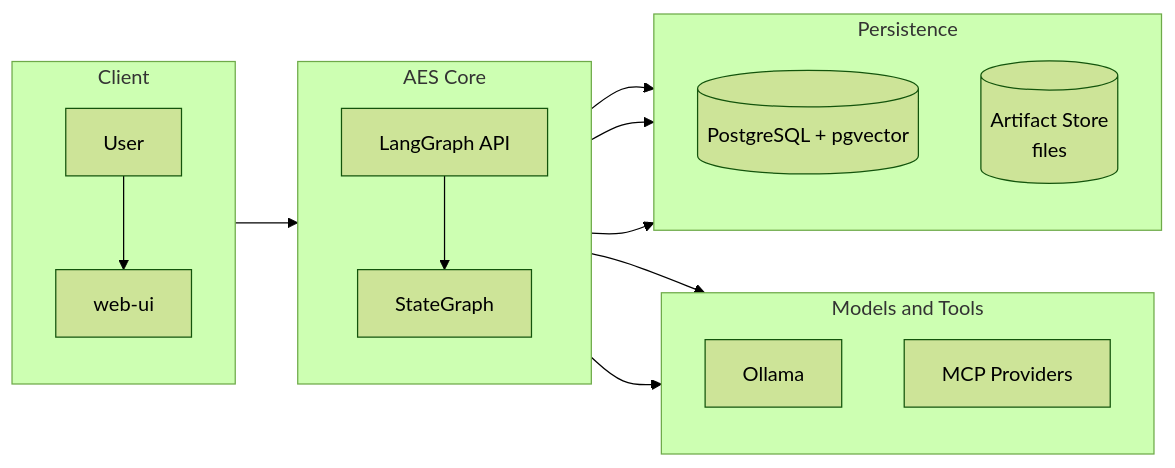
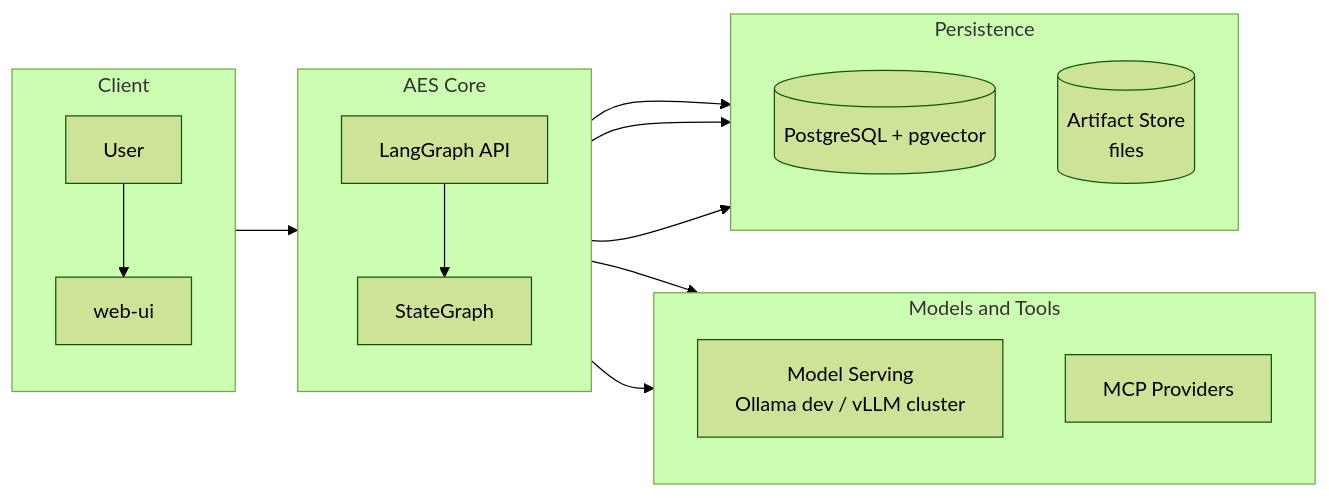
The second of 10 diagrams in docs/architecture.md (RadmirG/AES), drawn with Mermaid (forest theme) before and after one commit. The commit also changed other lines of this file and 26 other files, not shown here.

Commit message:
A pw reset mechanism and vLLM service for Kubernetes Cluster

````diff
--- a/docs/architecture.md
+++ b/docs/architecture.md
@@ -32,31 +34,31 @@
 ```mermaid
 flowchart LR
     subgraph CLIENT["Client"]
         direction TB
         user["User"] --> web["web-ui"]
     end
 
     subgraph CORE["AES Core"]
         direction TB
         api["LangGraph API"] --> orchestrator["StateGraph"]
     end
 
     subgraph COMPUTE["Models and Tools"]
         direction TB
-        ollama["Ollama"]
+        models["Model Serving<br/>Ollama dev / vLLM cluster"]
         mcp["MCP Providers"]
     end
 
     subgraph PERSISTENCE["Persistence"]
         direction TB
         postgres[("PostgreSQL + pgvector")]
         artifacts[("Artifact Store<br/>files")]
     end
 
     web --> api
-    orchestrator --> ollama
+    orchestrator --> models
     orchestrator --> mcp
     api --> postgres
     orchestrator --> postgres
     orchestrator --> artifacts
 ```
````
